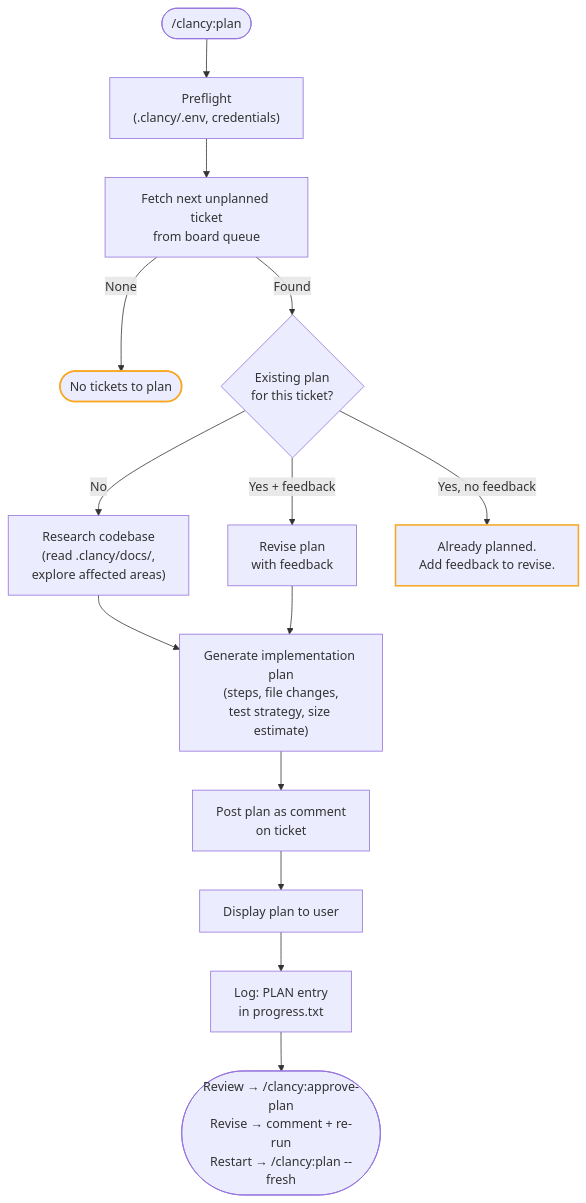
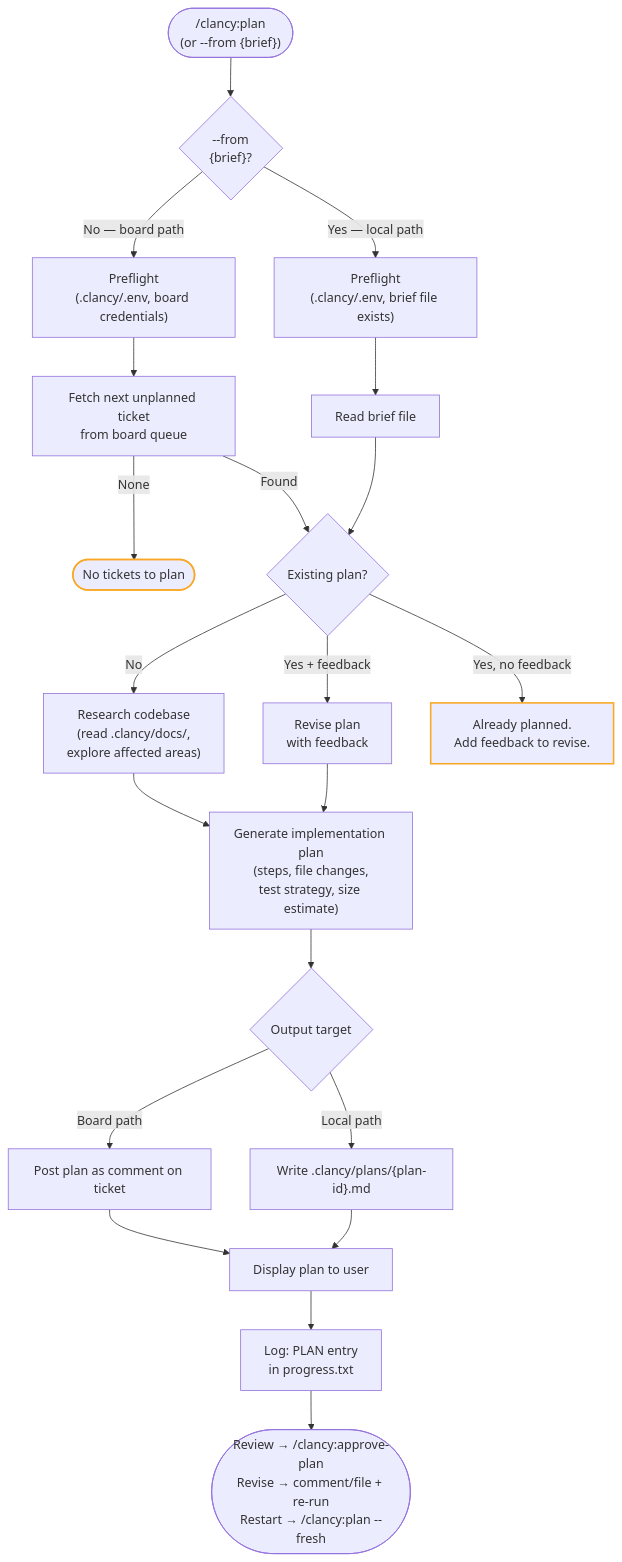
One commit to Pushedskydiver/chief-clancy changed the tenth of 14 diagrams in docs/VISUAL-ARCHITECTURE.md. Above: the diagram before and after it, drawn with Mermaid. The commit also changed other lines of this file and 11 other files, not shown here.

First line of the commit message:
📦 chore: Changeset for local-init-flow (dev + terminal patch) (#291)

````diff
--- a/docs/VISUAL-ARCHITECTURE.md
+++ b/docs/VISUAL-ARCHITECTURE.md
@@ -563,24 +609,36 @@
 ```mermaid
 flowchart TD
-    Start(["/clancy:plan"]) --> Preflight["Preflight\n(.clancy/.env, credentials)"]
+    Start(["/clancy:plan\n(or --from {brief})"]) --> Mode{"--from\n{brief}?"}
+
+    Mode -->|No — board path| Preflight["Preflight\n(.clancy/.env, board credentials)"]
+    Mode -->|Yes — local path| LocalPreflight["Preflight\n(.clancy/.env, brief file exists)"]
+
     Preflight --> Fetch["Fetch next unplanned ticket\nfrom board queue"]
     Fetch -->|None| Done(["No tickets to plan"])
-    Fetch -->|Found| AutoDetect{"Existing plan\nfor this ticket?"}
+    Fetch -->|Found| AutoDetect
 
+    LocalPreflight --> LoadBrief["Read brief file"]
+    LoadBrief --> AutoDetect
+
+    AutoDetect{"Existing plan?"}
     AutoDetect -->|No| Research
     AutoDetect -->|"Yes + feedback"| Revise["Revise plan\nwith feedback"]
     AutoDetect -->|"Yes, no feedback"| AlreadyPlanned["Already planned.\nAdd feedback to revise."]
 
     Research["Research codebase\n(read .clancy/docs/,\nexplore affected areas)"] --> Generate
-
     Revise --> Generate
 
-    Generate["Generate implementation plan\n(steps, file changes,\ntest strategy, size estimate)"] --> Post["Post plan as comment\non ticket"]
+    Generate["Generate implementation plan\n(steps, file changes,\ntest strategy, size estimate)"] --> Output
 
-    Post --> Display["Display plan to user"]
+    Output{"Output target"}
+    Output -->|Board path| PostBoard["Post plan as comment on ticket"]
+    Output -->|Local path| WriteFile["Write .clancy/plans/{plan-id}.md"]
+
+    PostBoard --> Display["Display plan to user"]
+    WriteFile --> Display
     Display --> Log["Log: PLAN entry\nin progress.txt"]
-    Log --> NextSteps(["Review → /clancy:approve-plan\nRevise → comment + re-run\nRestart → /clancy:plan --fresh"])
+    Log --> NextSteps(["Review → /clancy:approve-plan\nRevise → comment/file + re-run\nRestart → /clancy:plan --fresh"])
 
     style AlreadyPlanned stroke:#f9a825,stroke-width:2px
     style Done stroke:#f9a825,stroke-width:2px
 ```
````
